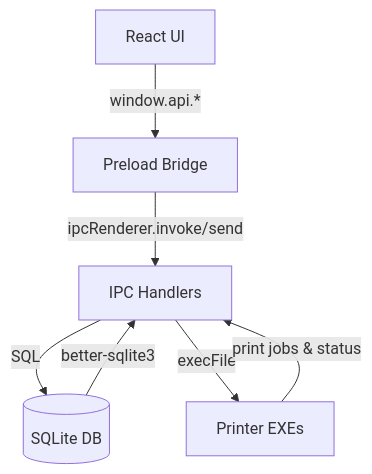
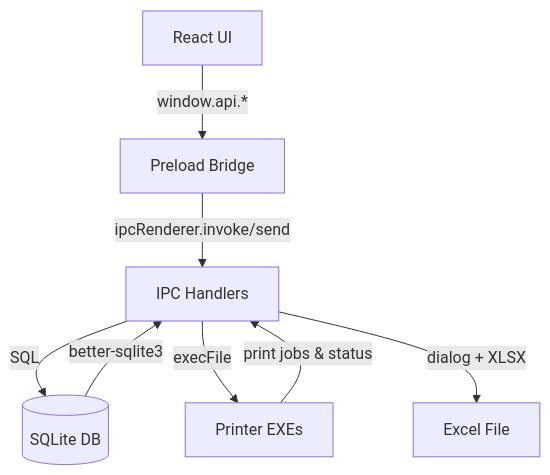
The diagram in CODEBASE_DOCS.md (valievswe/dpos), drawn with Mermaid before and after one commit. The commit also changed other lines of this file and 32 other files, not shown here.

````diff
--- a/CODEBASE_DOCS.md
+++ b/CODEBASE_DOCS.md
@@ -50,9 +49,10 @@
 ```mermaid
 graph TD
     R[React UI] -->|window.api.*| P[Preload Bridge]
     P -->|ipcRenderer.invoke/send| M[IPC Handlers]
     M -->|SQL| D[(SQLite DB)]
     M -->|execFile| X[Printer EXEs]
+    M -->|dialog + XLSX| F[Excel File]
     D -->|better-sqlite3| M
     X -->|print jobs & status| M
 ```
````
